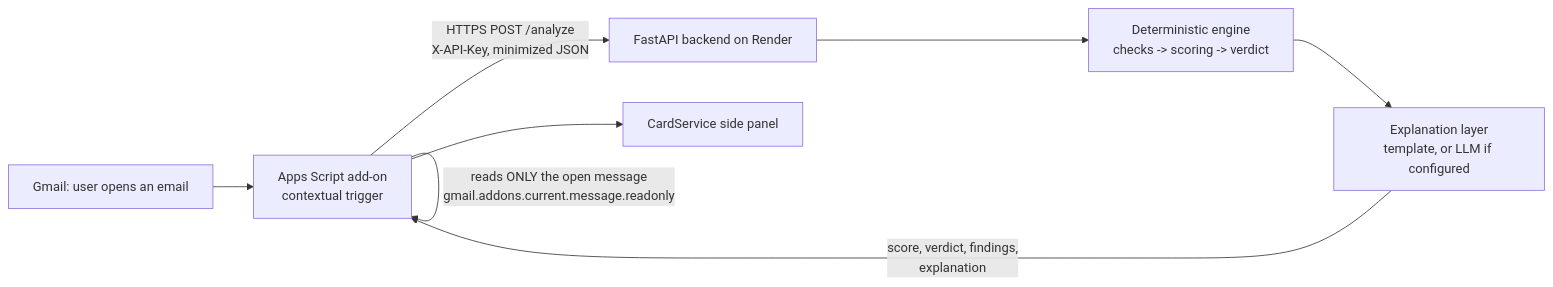
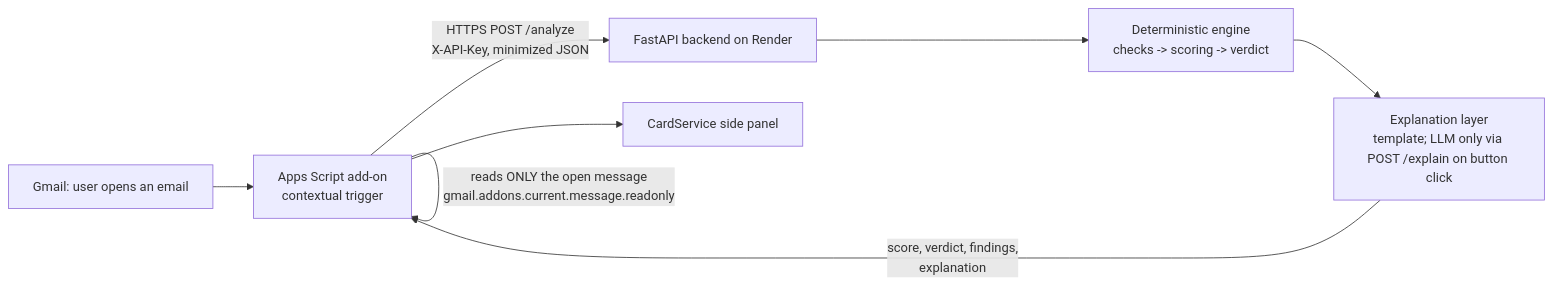
The diagram in README.md (reefmoshe/gmail-malicious-email-scorer), drawn with Mermaid before and after one commit. The commit also changed other lines of this file and 14 other files, not shown here.

````diff
--- a/README.md
+++ b/README.md
@@ -32,10 +33,10 @@
 ```mermaid
 flowchart LR
     G[Gmail: user opens an email] --> A[Apps Script add-on<br/>contextual trigger]
     A -->|reads ONLY the open message<br/>gmail.addons.current.message.readonly| A
     A -->|HTTPS POST /analyze<br/>X-API-Key, minimized JSON| B[FastAPI backend on Render]
     B --> E[Deterministic engine<br/>checks -> scoring -> verdict]
-    E --> X[Explanation layer<br/>template, or LLM if configured]
+    E --> X[Explanation layer<br/>template; LLM only via POST /explain on button click]
     X -->|score, verdict, findings,<br/>explanation| A
     A --> C[CardService side panel]
 ```
````
